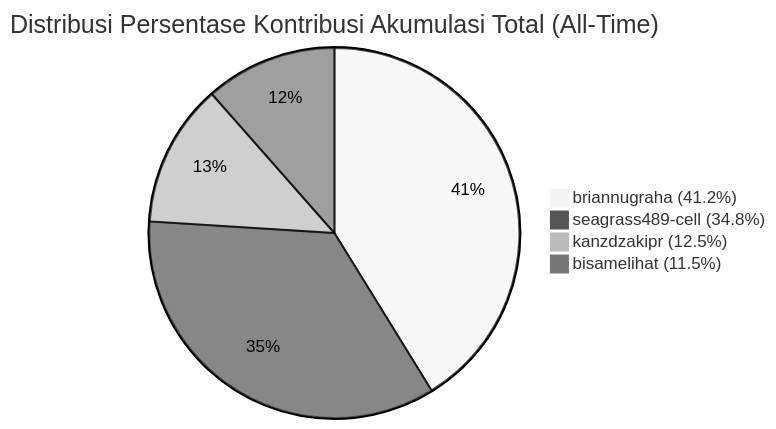
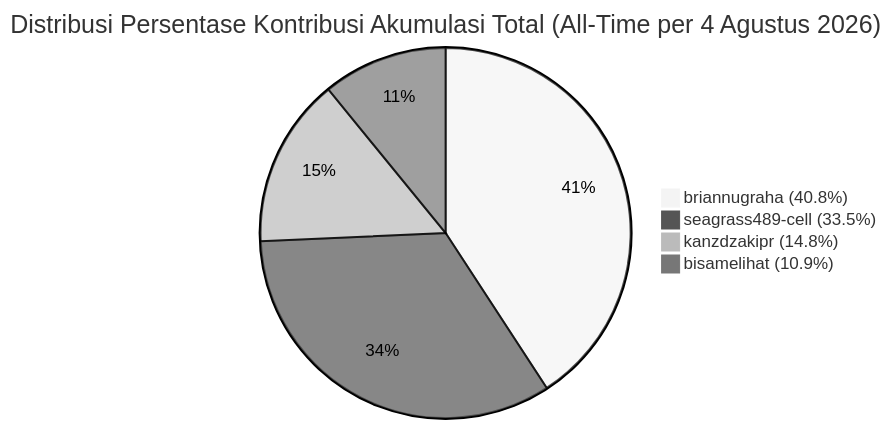
One commit to kanzdzakipr/ServicePlan-BRA changed the first of 3 diagrams in KONTRIBUSI_TIM.md. Above: the diagram before and after it, drawn with Mermaid (neutral theme). The commit also changed other lines of this file, not shown here.

Commit message:
update kontribusi tim per 4 agustus

````diff
--- a/KONTRIBUSI_TIM.md
+++ b/KONTRIBUSI_TIM.md
@@ -58,7 +58,7 @@
 ```mermaid
-pie title Distribusi Persentase Kontribusi Akumulasi Total (All-Time)
-    "briannugraha (41.2%)" : 41.2
-    "seagrass489-cell (34.8%)" : 34.8
-    "kanzdzakipr (12.5%)" : 12.5
-    "bisamelihat (11.5%)" : 11.5
+pie title Distribusi Persentase Kontribusi Akumulasi Total (All-Time per 4 Agustus 2026)
+    "briannugraha (40.8%)" : 40.8
+    "seagrass489-cell (33.5%)" : 33.5
+    "kanzdzakipr (14.8%)" : 14.8
+    "bisamelihat (10.9%)" : 10.9
 ```
````
